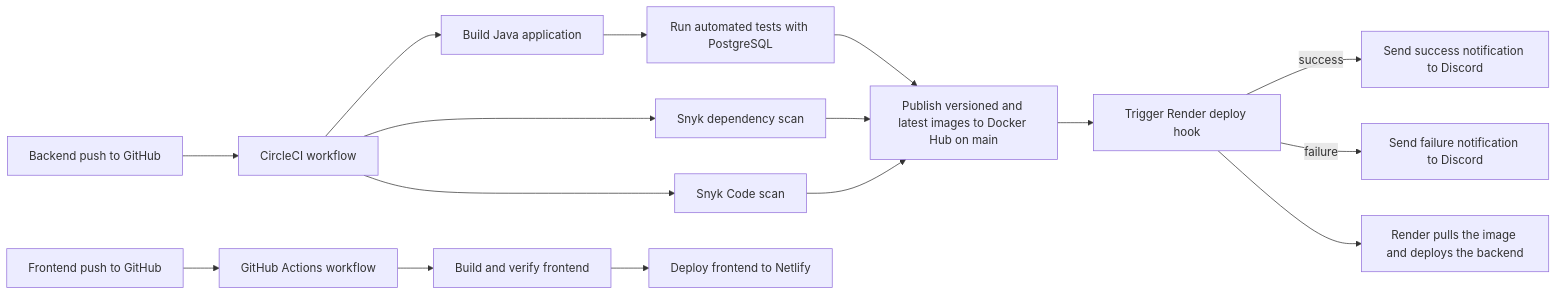
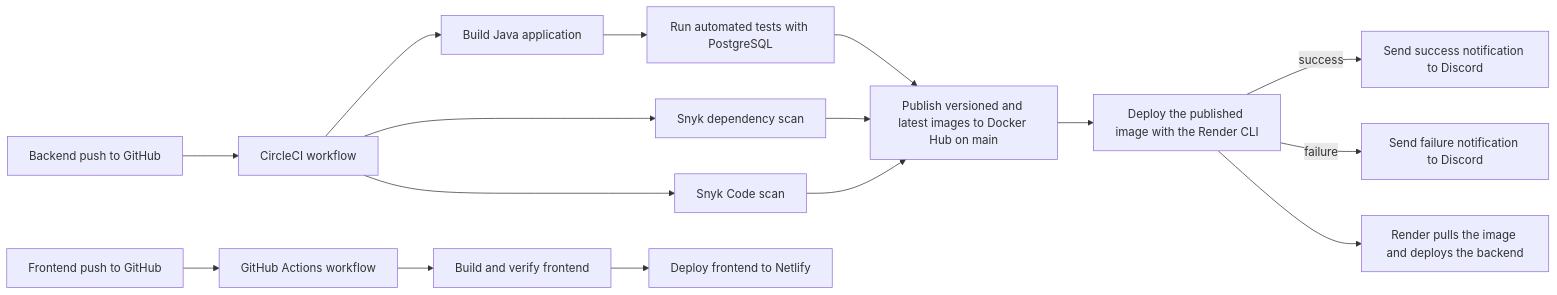
The diagram in README.md (magcal90/simple-crm-backend), drawn with Mermaid before and after one commit. The commit also changed other lines of this file and 12 other files, not shown here.

````diff
--- a/README.md
+++ b/README.md
@@ -25,19 +27,19 @@
 ```mermaid
 flowchart LR
     A[Backend push to GitHub] --> B[CircleCI workflow]
     B --> C[Build Java application]
     B --> D[Snyk dependency scan]
     B --> E[Snyk Code scan]
     C --> F[Run automated tests with PostgreSQL]
     F --> G[Publish versioned and latest images to Docker Hub on main]
     D --> G
     E --> G
-    G --> H[Trigger Render deploy hook]
+    G --> H[Deploy the published image with the Render CLI]
     H -->|success| I[Send success notification to Discord]
     H -->|failure| J[Send failure notification to Discord]
     H --> K[Render pulls the image and deploys the backend]
 
     F1[Frontend push to GitHub] --> F2[GitHub Actions workflow]
     F2 --> F3[Build and verify frontend]
     F3 --> F4[Deploy frontend to Netlify]
 ```
````
